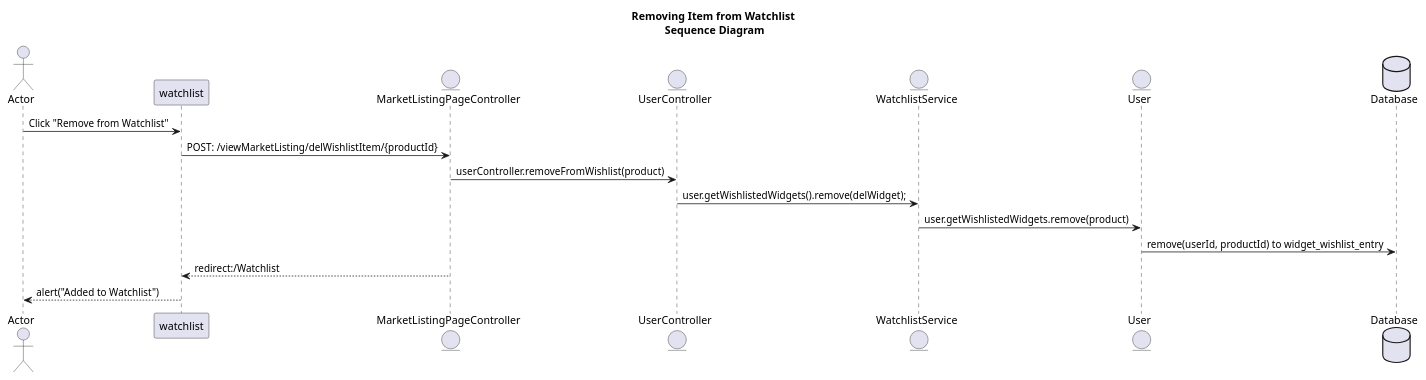
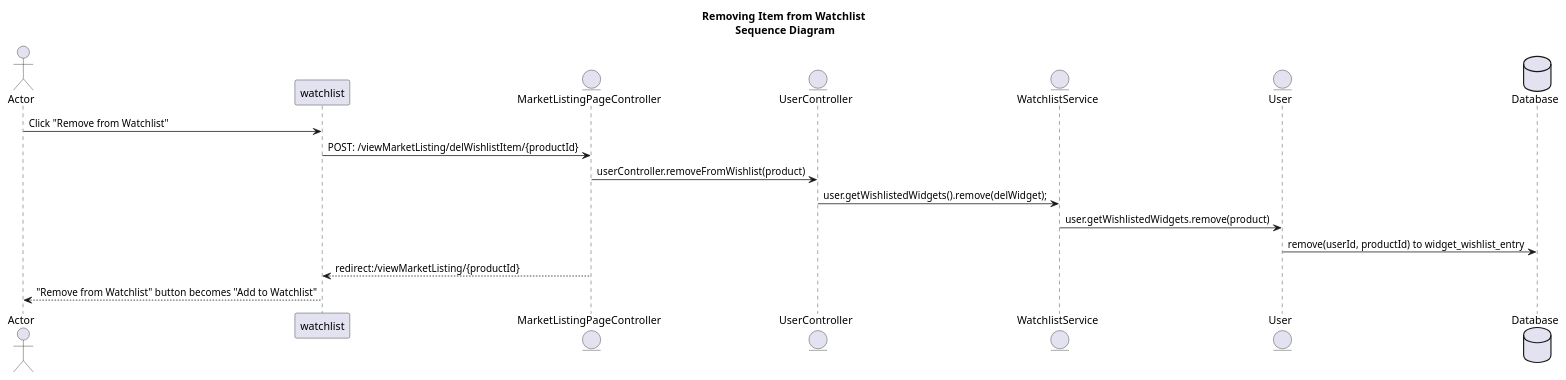
Before and after one commit to lukemcelligott/Offerly: the diagram in OnlineAuction/Documents/UML Diagrams/Watchlist/RemoveFromWatchlistSequenceDiagram.puml, drawn with PlantUML. The commit also changed 3 other files, not shown here.

Commit message:
#74 - added update market listing and update watchlist via bidding sequence diagrams

```diff
--- a/OnlineAuction/Documents/UML Diagrams/Watchlist/RemoveFromWatchlistSequenceDiagram.puml
+++ b/OnlineAuction/Documents/UML Diagrams/Watchlist/RemoveFromWatchlistSequenceDiagram.puml
@@ -1,21 +1,22 @@
 @startuml
-title     Removing Item from Watchlist \nSequence Diagram
+
+title          Removing Item from Watchlist \nSequence Diagram
 
 actor          Actor                            as actor
 participant    watchlist                        as watchlist
 entity         MarketListingPageController      as marketListController
 entity         UserController                   as userController
 entity         WatchlistService                 as watchlistService
 entity         User                             as user
 database       Database                         as database
 
 actor                  ->     watchlist               : Click "Remove from Watchlist"
 watchlist              ->     marketListController    : POST: /viewMarketListing/delWishlistItem/{productId}
 marketListController   ->     userController          : userController.removeFromWishlist(product)
 userController         ->     watchlistService        : user.getWishlistedWidgets().remove(delWidget);
 watchlistService       ->     user                    : user.getWishlistedWidgets.remove(product)
 user                   ->     database                : remove(userId, productId) to widget_wishlist_entry
-marketListController   -->    watchlist               : redirect:/Watchlist
-watchlist              -->    actor                   : alert("Added to Watchlist")
+marketListController   -->    watchlist               : redirect:/viewMarketListing/{productId}
+watchlist              -->    actor                   : "Remove from Watchlist" button becomes "Add to Watchlist"
 
 @enduml
```
